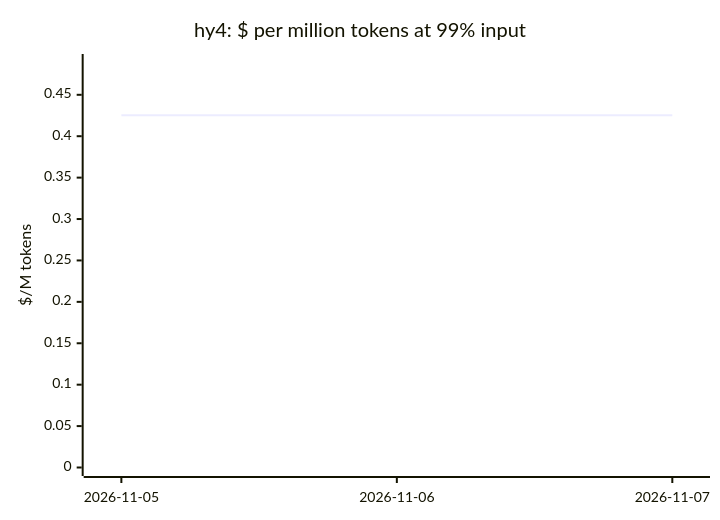
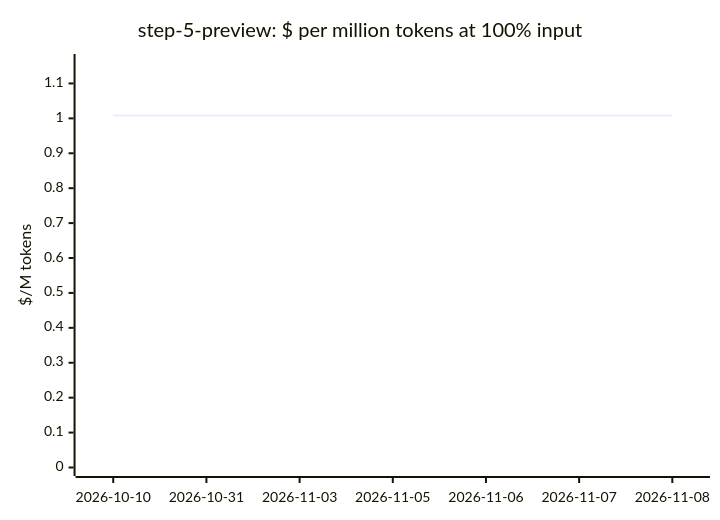
Before and after one commit to cklukas/OMEGA_TRANSFORM: diagram 15 of 20 in docs/openrouter-models.md, drawn with Mermaid. The commit also changed other lines of this file and 47 other files, not shown here.

````diff
--- a/docs/openrouter-models.md
+++ b/docs/openrouter-models.md
@@ -267,7 +268,7 @@
 ```mermaid
 xychart-beta
-    title "hy4: $ per million tokens at 99% input"
-    x-axis ["2026-11-05", "2026-11-06", "2026-11-07"]
-    y-axis "$/M tokens" 0 --> 0.489
-    line [0.4254, 0.4254, 0.4254]
+    title "step-5-preview: $ per million tokens at 100% input"
+    x-axis ["2026-10-10", "2026-10-31", "2026-11-03", "2026-11-05", "2026-11-06", "2026-11-07", "2026-11-08"]
+    y-axis "$/M tokens" 0 --> 1.16
+    line [1.008, 1.008, 1.008, 1.008, 1.008, 1.008, 1.008]
 ```
````
